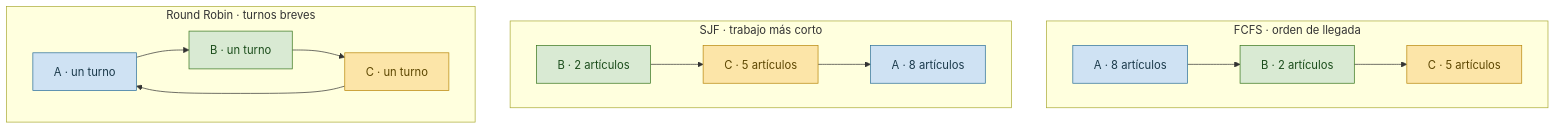
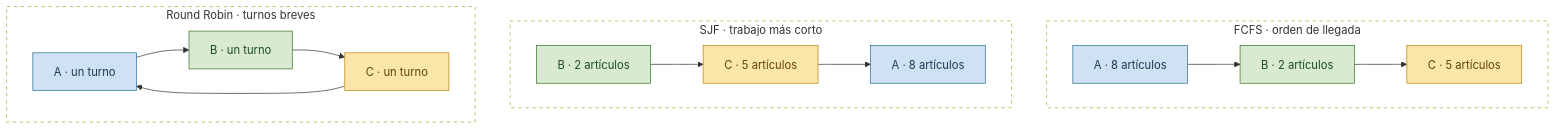
One commit to asiermarzo/ssoo changed the fourth of 6 diagrams in TEORIA/04-planificacion-de-procesos/README.md. Above: the diagram before and after it, drawn with Mermaid. The commit also changed other lines of this file and 12 other files, not shown here.

Commit message:
ajuste subrects de mermaids

````diff
--- a/TEORIA/04-planificacion-de-procesos/README.md
+++ b/TEORIA/04-planificacion-de-procesos/README.md
@@ -170,19 +166,22 @@
 ```mermaid
 flowchart TB
     subgraph F["FCFS · orden de llegada"]
         F1["A · 8 artículos"] --> F2["B · 2 artículos"] --> F3["C · 5 artículos"]
     end
     subgraph S["SJF · trabajo más corto"]
         S1["B · 2 artículos"] --> S2["C · 5 artículos"] --> S3["A · 8 artículos"]
     end
     subgraph R["Round Robin · turnos breves"]
         R1["A · un turno"] --> R2["B · un turno"] --> R3["C · un turno"] --> R1
     end
 
     classDef clienteA fill:#cfe2f3,stroke:#2b6f99,color:#1b3a4b;
     classDef clienteB fill:#d9ead3,stroke:#38761d,color:#1b4d1b;
     classDef clienteC fill:#fce5a8,stroke:#b8860b,color:#5c4600;
     class F1,S3,R1 clienteA;
     class F2,S1,R2 clienteB;
     class F3,S2,R3 clienteC;
+    style F fill:none,stroke-dasharray: 5 5;
+    style S fill:none,stroke-dasharray: 5 5;
+    style R fill:none,stroke-dasharray: 5 5;
 ```
````
